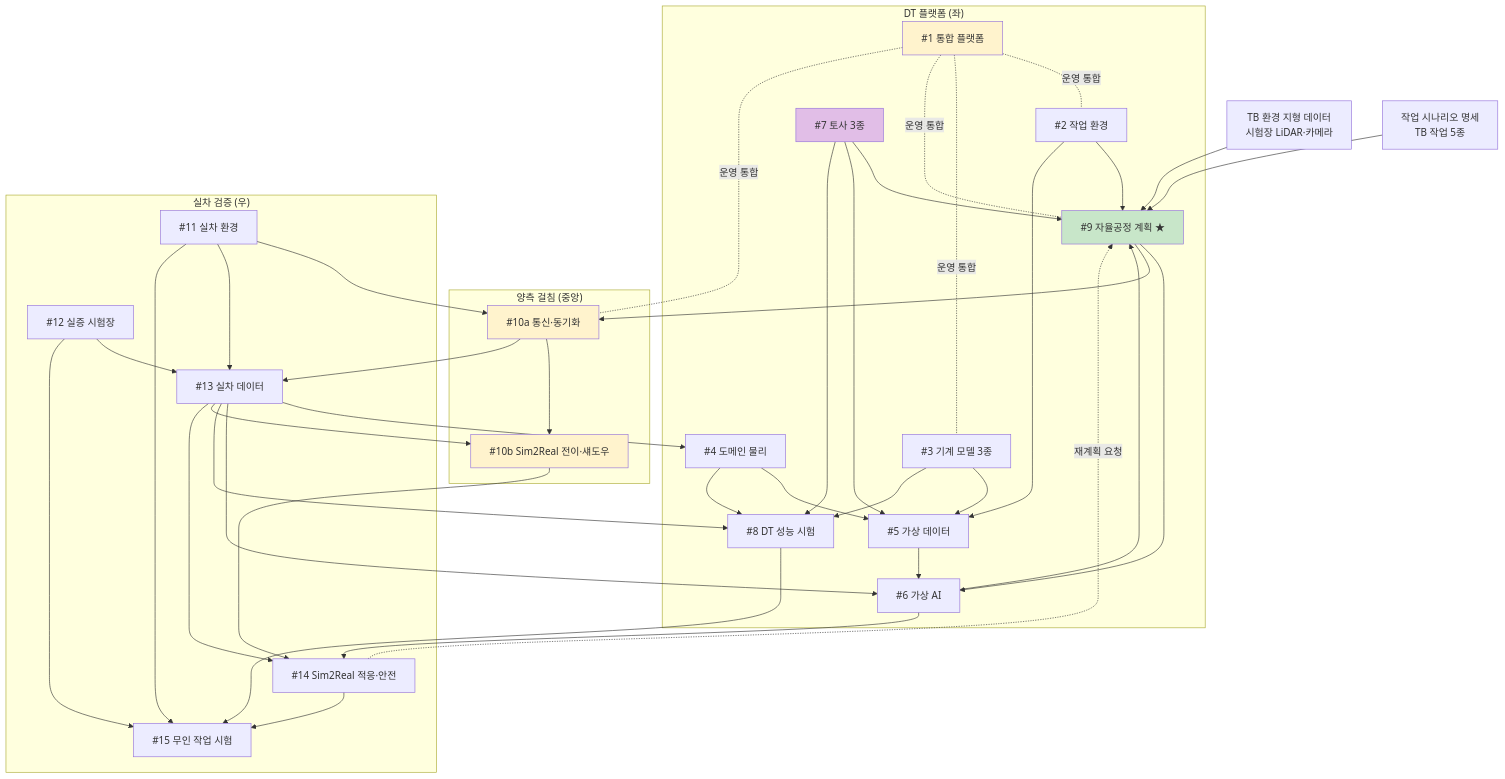
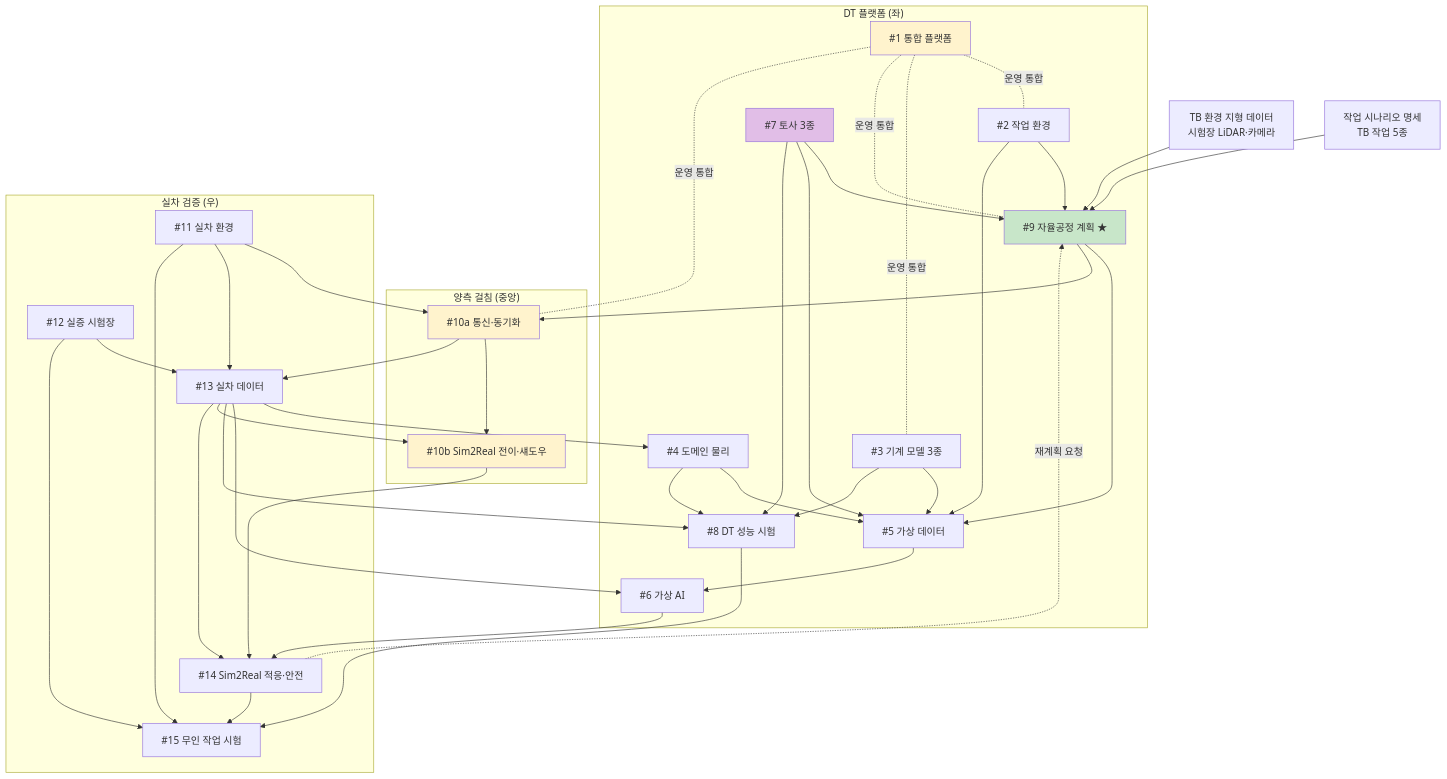
The first of 2 diagrams in 11. DT/사업기획_업무상세화_v1.md (rebirther00/report), drawn with Mermaid before and after one commit. The commit also changed other lines of this file and 3 other files, not shown here.

````diff
--- a/11. DT/사업기획_업무상세화_v1.md
+++ b/11. DT/사업기획_업무상세화_v1.md
@@ -625,75 +676,74 @@
 ```mermaid
 graph TD
     TB[TB 환경 지형 데이터<br/>시험장 LiDAR·카메라]
     SCN[작업 시나리오 명세<br/>TB 작업 5종]
 
     subgraph "DT 플랫폼 (좌)"
         I1[#1 통합 플랫폼]
         I2[#2 작업 환경]
         I3[#3 기계 모델 3종]
         I4[#4 도메인 물리]
         I5[#5 가상 데이터]
         I6[#6 가상 AI]
         I7[#7 토사 3종]
         I8[#8 DT 성능 시험]
         I9[#9 자율공정 계획 ★]
     end
 
     subgraph "양측 걸침 (중앙)"
         I10a[#10a 통신·동기화]
         I10b[#10b Sim2Real 전이·섀도우]
     end
 
     subgraph "실차 검증 (우)"
         I11[#11 실차 환경]
         I12[#12 실증 시험장]
         I13[#13 실차 데이터]
         I14[#14 Sim2Real 적응·안전]
         I15[#15 무인 작업 시험]
     end
 
     TB --> I9
     SCN --> I9
     I2 --> I9
     I7 --> I9
-    I9 --> I6
-    I6 --> I9
+    I9 --> I5
     I9 --> I10a
 
     I2 --> I5
     I3 --> I5
     I4 --> I5
     I7 --> I5
     I3 --> I8
     I4 --> I8
     I7 --> I8
     I5 --> I6
     I6 --> I14
     I13 --> I4
     I13 --> I6
     I13 --> I8
     I13 --> I10b
     I13 --> I14
     I11 --> I10a
     I11 --> I13
     I12 --> I13
     I12 --> I15
     I10a --> I10b
     I10a --> I13
     I10b --> I14
     I14 --> I15
     I14 -.재계획 요청.-> I9
     I11 --> I15
     I8 --> I15
 
     I1 -.운영 통합.- I2
     I1 -.운영 통합.- I3
     I1 -.운영 통합.- I9
     I1 -.운영 통합.- I10a
 
     style I1 fill:#fff3cd
     style I7 fill:#e1bee7
     style I9 fill:#c8e6c9
     style I10a fill:#fff3cd
     style I10b fill:#fff3cd
 ```
````
